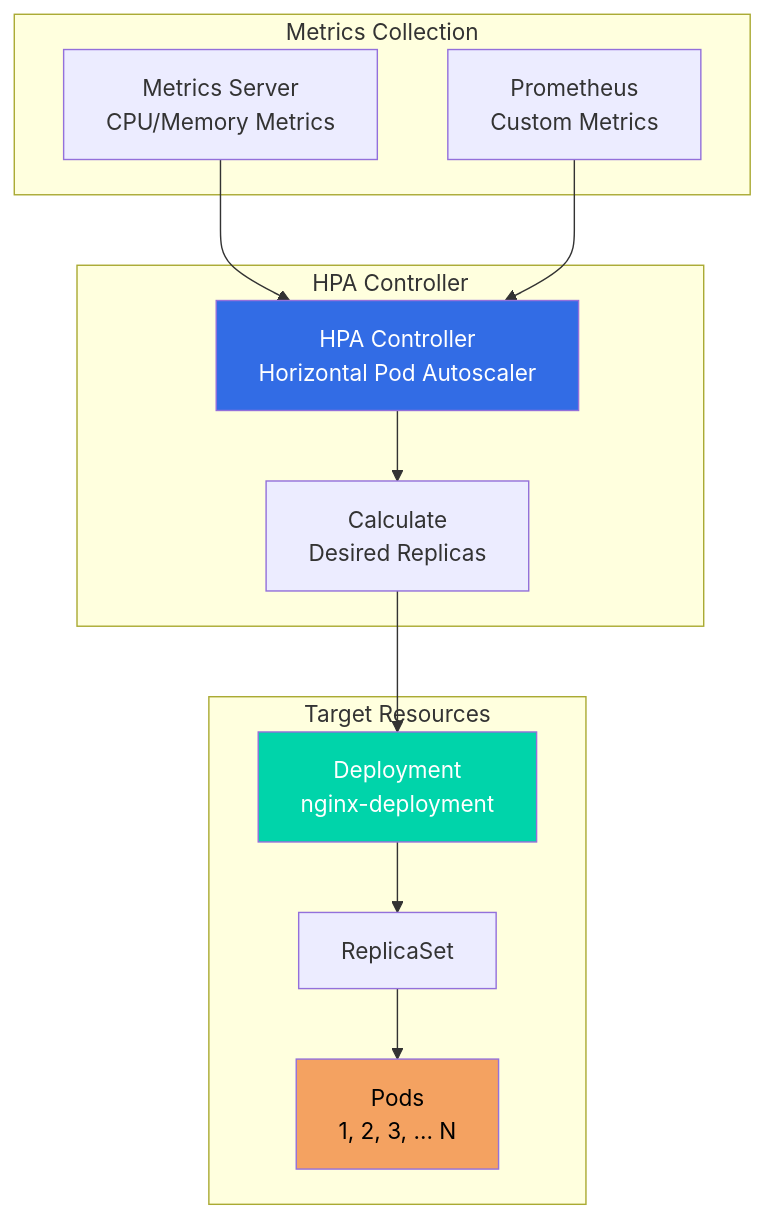
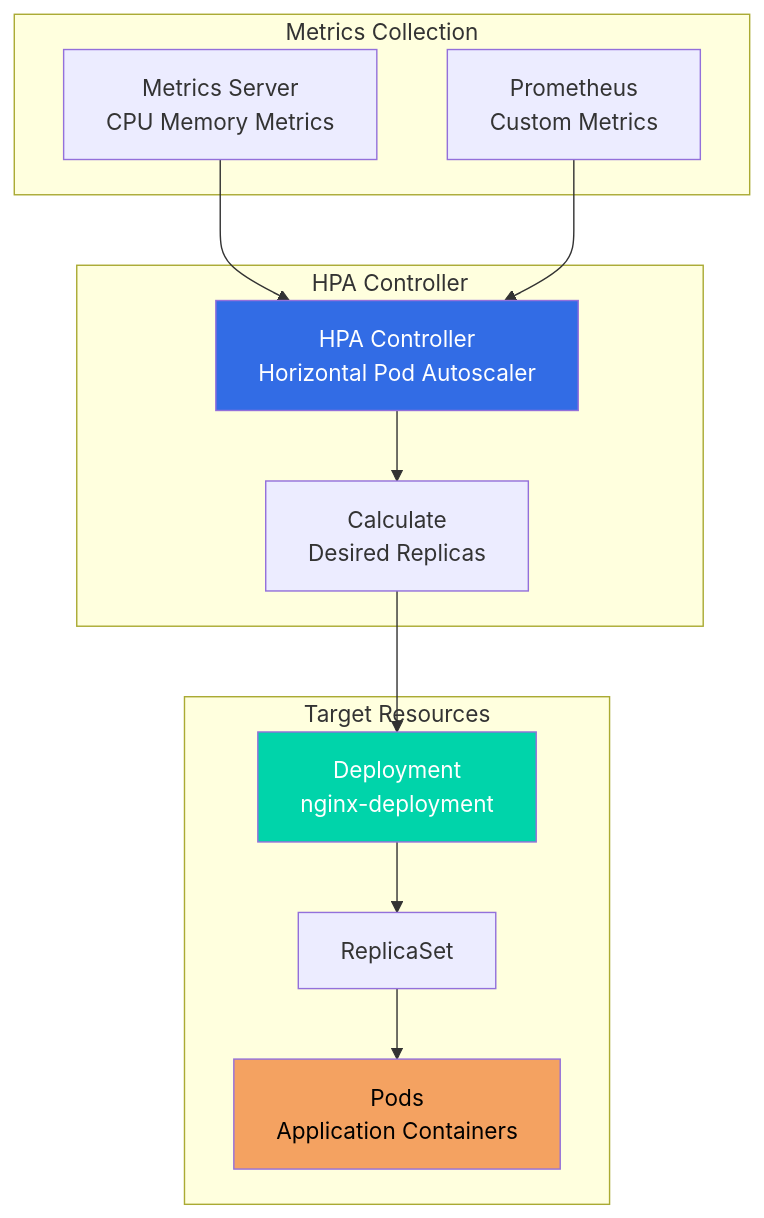
Diagram 28 of 33 in README.md (jayeshjd555/Kubernetes), drawn with Mermaid before and after one commit. The commit also changed other lines of this file, not shown here.

````diff
--- a/README.md
+++ b/README.md
@@ -10735,29 +10735,29 @@
 ```mermaid
 graph TB
     subgraph "Metrics Collection"
-        MS[Metrics Server<br/>CPU/Memory Metrics]
+        MS[Metrics Server<br/>CPU Memory Metrics]
         PM[Prometheus<br/>Custom Metrics]
     end
     
     subgraph "HPA Controller"
         HPA[HPA Controller<br/>Horizontal Pod Autoscaler]
         Calc[Calculate<br/>Desired Replicas]
     end
     
     subgraph "Target Resources"
         DEP[Deployment<br/>nginx-deployment]
         RS[ReplicaSet]
-        PODS[Pods<br/>1, 2, 3, ... N]
+        PODS[Pods<br/>Application Containers]
     end
     
     MS --> HPA
     PM --> HPA
     HPA --> Calc
     Calc --> DEP
     DEP --> RS
     RS --> PODS
     
     style HPA fill:#326ce5,color:#fff
     style DEP fill:#00d4aa,color:#fff
     style PODS fill:#f4a261,color:#000
 ```
````
